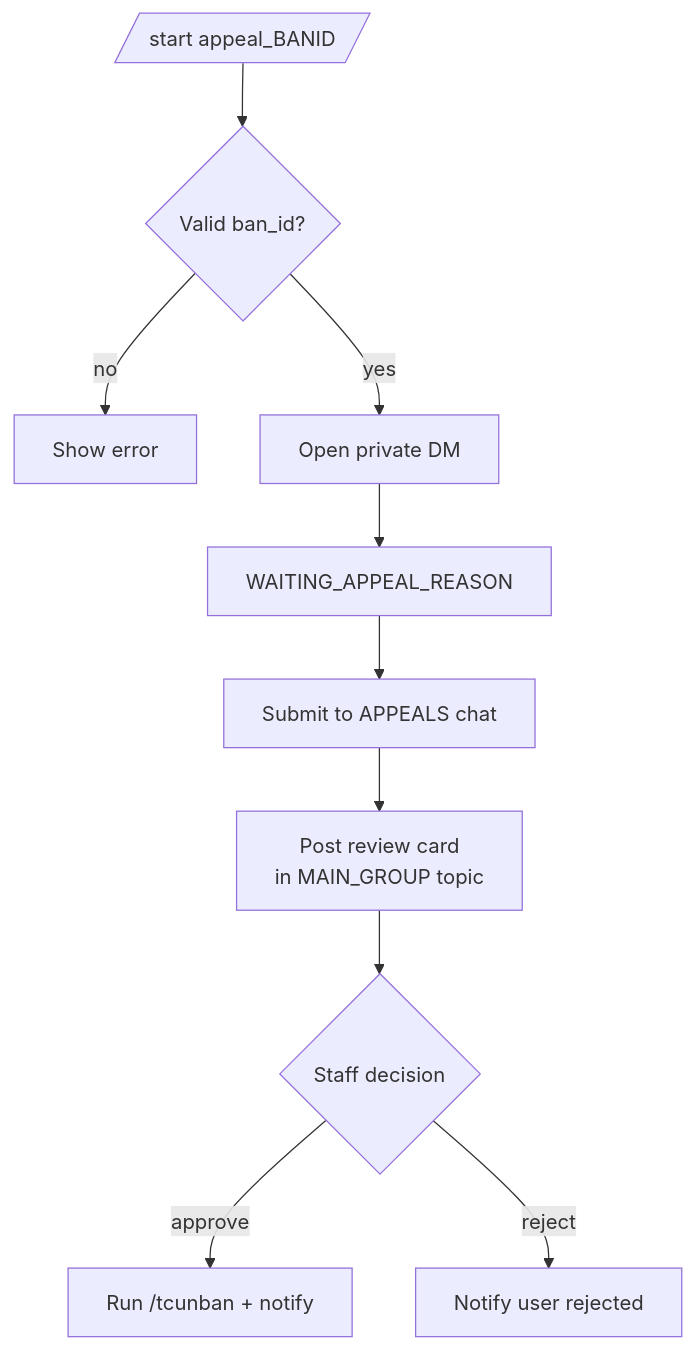
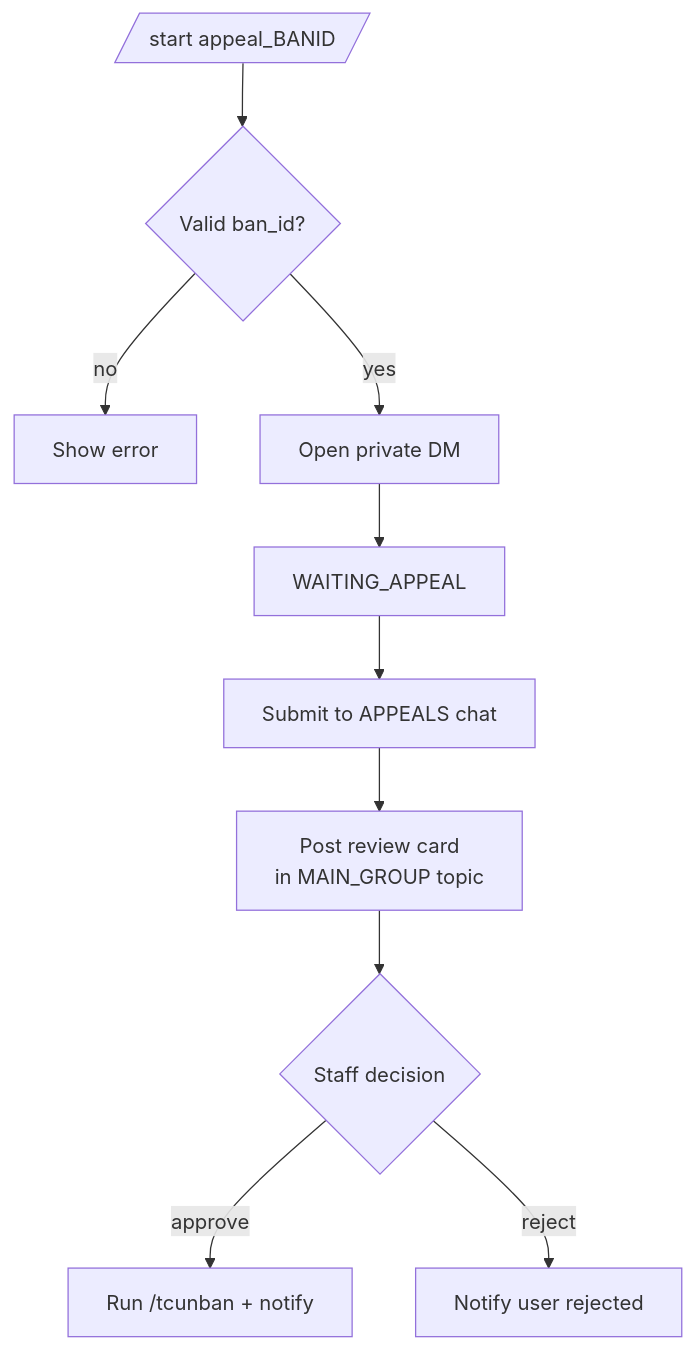
Before and after one commit to D1ZZY4/tcbot: the diagram in docs/features/appeals.md, drawn with Mermaid. The commit also changed 7 other files, not shown here.

First line of the commit message:
docs: sync stale architecture and deployment references

````diff
--- a/docs/features/appeals.md
+++ b/docs/features/appeals.md
@@ -11,12 +11,12 @@
 ```mermaid
 flowchart TD
     DeepLink[/start appeal_BANID/] --> Validate{Valid ban_id?}
     Validate -->|no| Reject[Show error]
     Validate -->|yes| DM[Open private DM]
-    DM --> Reason[WAITING_APPEAL_REASON]
+    DM --> Reason[WAITING_APPEAL]
     Reason --> Submit[Submit to APPEALS chat]
     Submit --> ReviewCard[Post review card<br/>in MAIN_GROUP topic]
     ReviewCard --> Decision{Staff decision}
     Decision -->|approve| Unban[Run /tcunban + notify]
     Decision -->|reject| Notify[Notify user rejected]
 ```
````
